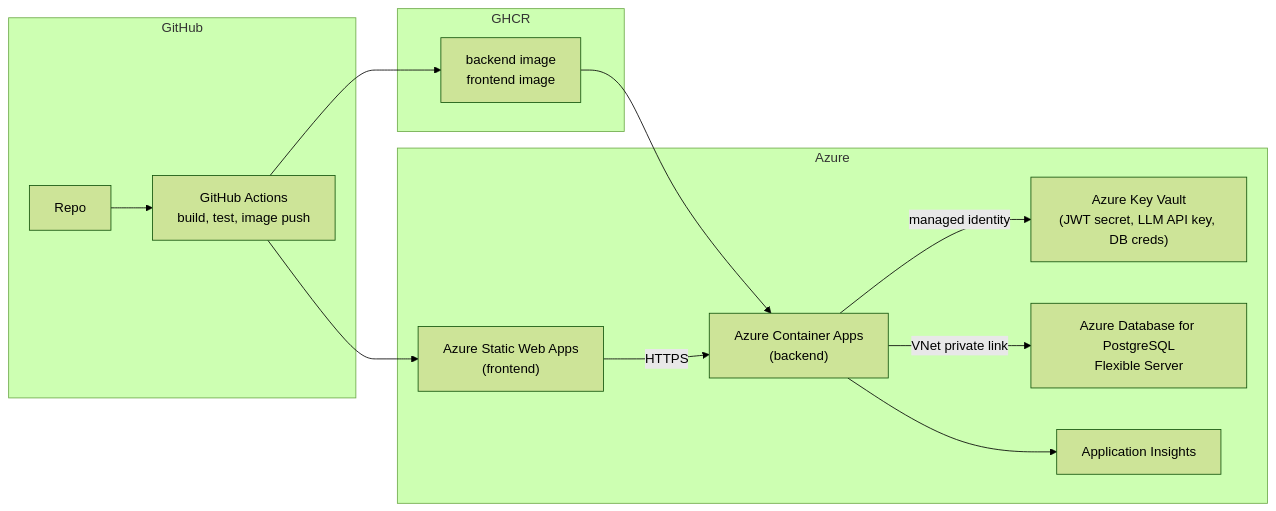
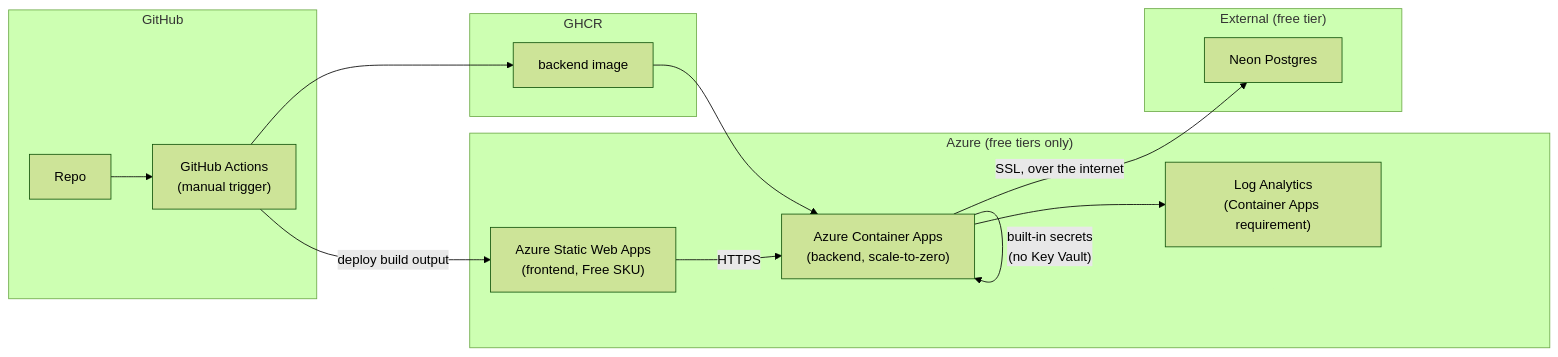
Before and after one commit to anuraggupta819/SQLGenie: the fourth of 4 diagrams in ARCHITECTURE.md, drawn with Mermaid (forest theme). The commit also changed other lines of this file and 5 other files, not shown here.

````diff
--- a/ARCHITECTURE.md
+++ b/ARCHITECTURE.md
@@ -209,24 +209,25 @@
 ```mermaid
 flowchart LR
     subgraph GH["GitHub"]
         REPO2["Repo"]
-        ACT["GitHub Actions\nbuild, test, image push"]
+        ACT["GitHub Actions\n(manual trigger)"]
     end
     subgraph Registry["GHCR"]
-        IMG["backend image\nfrontend image"]
+        IMG["backend image"]
     end
-    subgraph Azure["Azure"]
-        SWA["Azure Static Web Apps\n(frontend)"]
-        ACA["Azure Container Apps\n(backend)"]
-        KV["Azure Key Vault\n(JWT secret, LLM API key, DB creds)"]
-        PG["Azure Database for PostgreSQL\nFlexible Server"]
-        AI2["Application Insights"]
+    subgraph Azure["Azure (free tiers only)"]
+        SWA["Azure Static Web Apps\n(frontend, Free SKU)"]
+        ACA["Azure Container Apps\n(backend, scale-to-zero)"]
+        LOGS["Log Analytics\n(Container Apps requirement)"]
+    end
+    subgraph External["External (free tier)"]
+        NEON["Neon Postgres"]
     end
 
     REPO2 --> ACT --> IMG --> ACA
-    ACT --> SWA
-    ACA -->|managed identity| KV
-    ACA -->|VNet private link| PG
-    ACA --> AI2
+    ACT -->|"deploy build output"| SWA
+    ACA -->|"built-in secrets\n(no Key Vault)"| ACA
+    ACA -->|"SSL, over the internet"| NEON
+    ACA --> LOGS
     SWA -->|HTTPS| ACA
 ```
````
